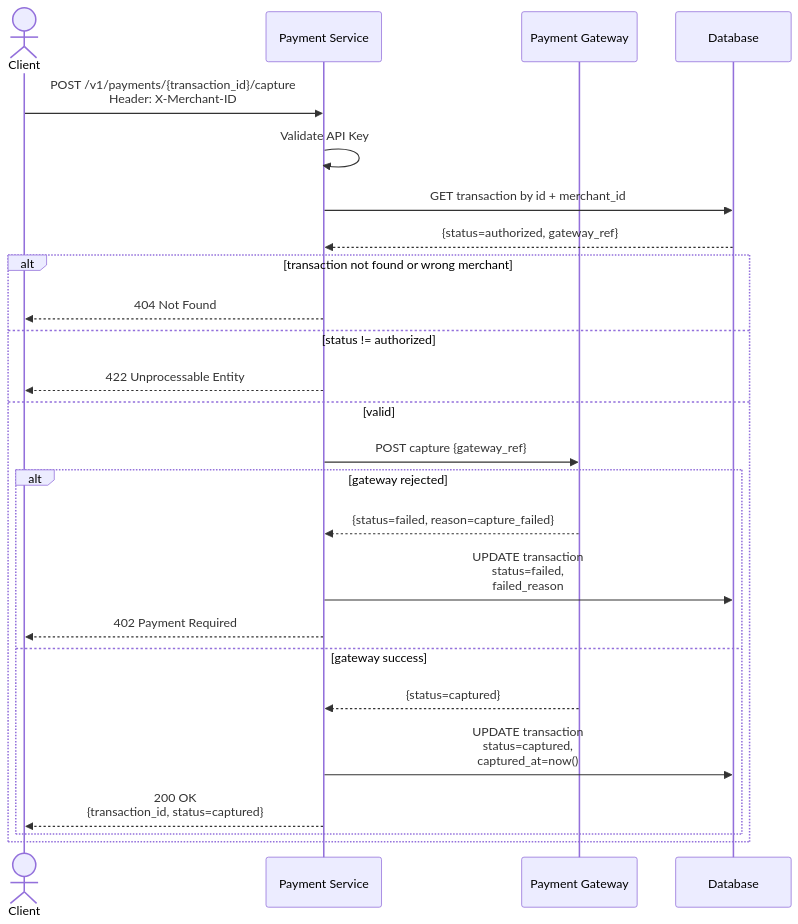
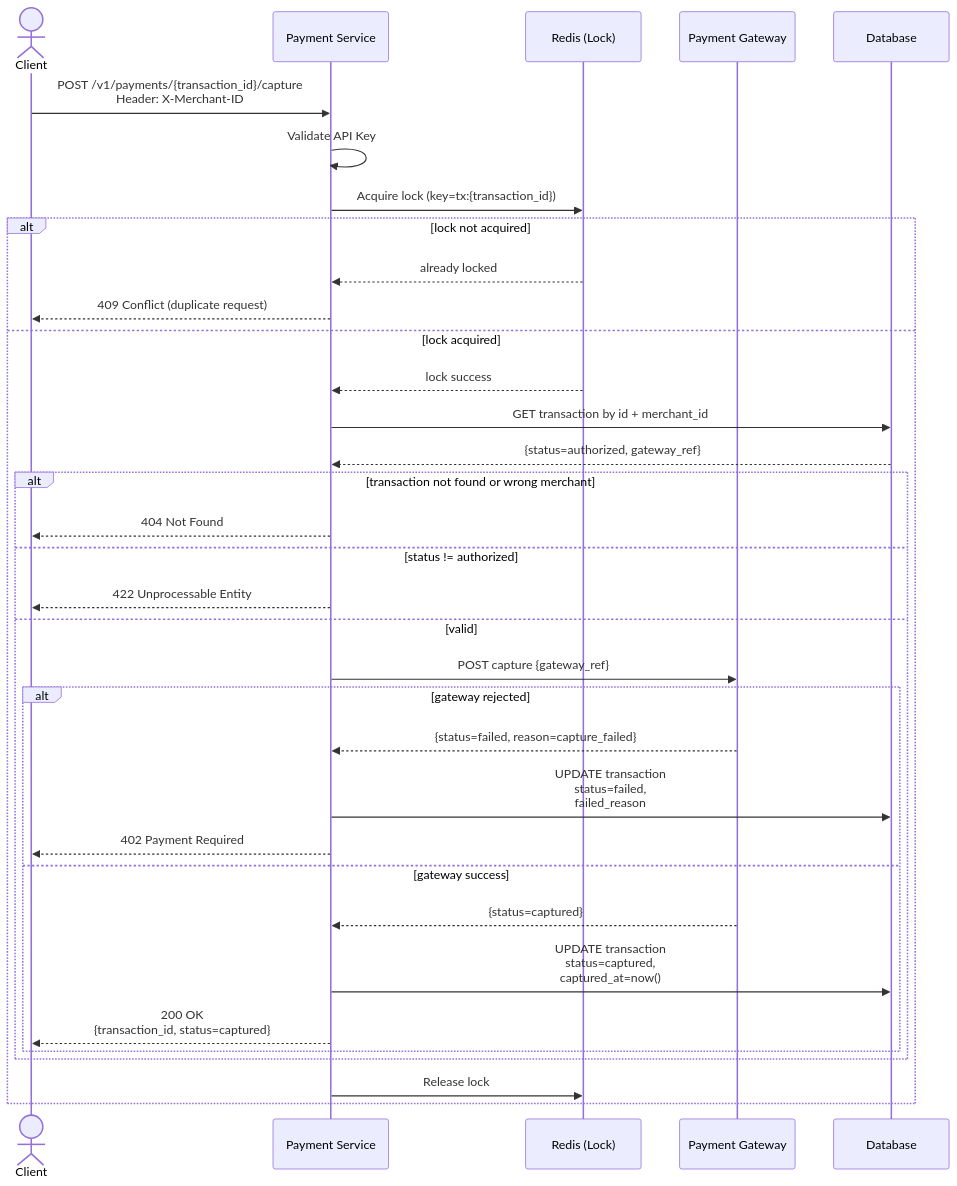
The sixth of 7 diagrams in readme.md (Noppawat3939/card-payment-service), drawn with Mermaid before and after one commit. The commit also changed 6 other files, not shown here.

````diff
--- a/readme.md
+++ b/readme.md
@@ -503,31 +503,43 @@
 ```mermaid
 sequenceDiagram
     actor C as Client
     participant S as Payment Service
+    participant R as Redis (Lock)
     participant GW as Payment Gateway
     participant DB as Database
 
     C->>S: POST /v1/payments/{transaction_id}/capture<br/>Header: X-Merchant-ID
     S->>S: Validate API Key
 
-    S->>DB: GET transaction by id + merchant_id
-    DB-->>S: {status=authorized, gateway_ref}
+    S->>R: Acquire lock (key=tx:{transaction_id})
 
-    alt transaction not found or wrong merchant
-        S-->>C: 404 Not Found
-    else status != authorized
-        S-->>C: 422 Unprocessable Entity
-    else valid
-        S->>GW: POST capture {gateway_ref}
+    alt lock not acquired
+        R-->>S: already locked
+        S-->>C: 409 Conflict (duplicate request)
+    else lock acquired
+        R-->>S: lock success
 
-        alt gateway rejected
-            GW-->>S: {status=failed, reason=capture_failed}
-            S->>DB: UPDATE transaction<br/>status=failed,<br/>failed_reason
-            S-->>C: 402 Payment Required
-        else gateway success
-            GW-->>S: {status=captured}
-            S->>DB: UPDATE transaction<br/>status=captured,<br/>captured_at=now()
-            S-->>C: 200 OK<br/>{transaction_id, status=captured}
+        S->>DB: GET transaction by id + merchant_id
+        DB-->>S: {status=authorized, gateway_ref}
+
+        alt transaction not found or wrong merchant
+            S-->>C: 404 Not Found
+        else status != authorized
+            S-->>C: 422 Unprocessable Entity
+        else valid
+            S->>GW: POST capture {gateway_ref}
+
+            alt gateway rejected
+                GW-->>S: {status=failed, reason=capture_failed}
+                S->>DB: UPDATE transaction<br/>status=failed,<br/>failed_reason
+                S-->>C: 402 Payment Required
+            else gateway success
+                GW-->>S: {status=captured}
+                S->>DB: UPDATE transaction<br/>status=captured,<br/>captured_at=now()
+                S-->>C: 200 OK<br/>{transaction_id, status=captured}
+            end
         end
+
+        S->>R: Release lock
     end
 ```
````
